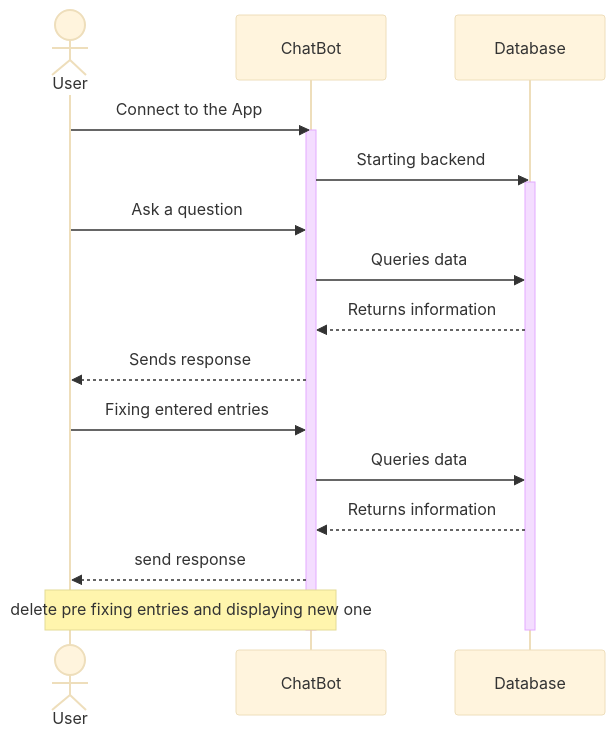
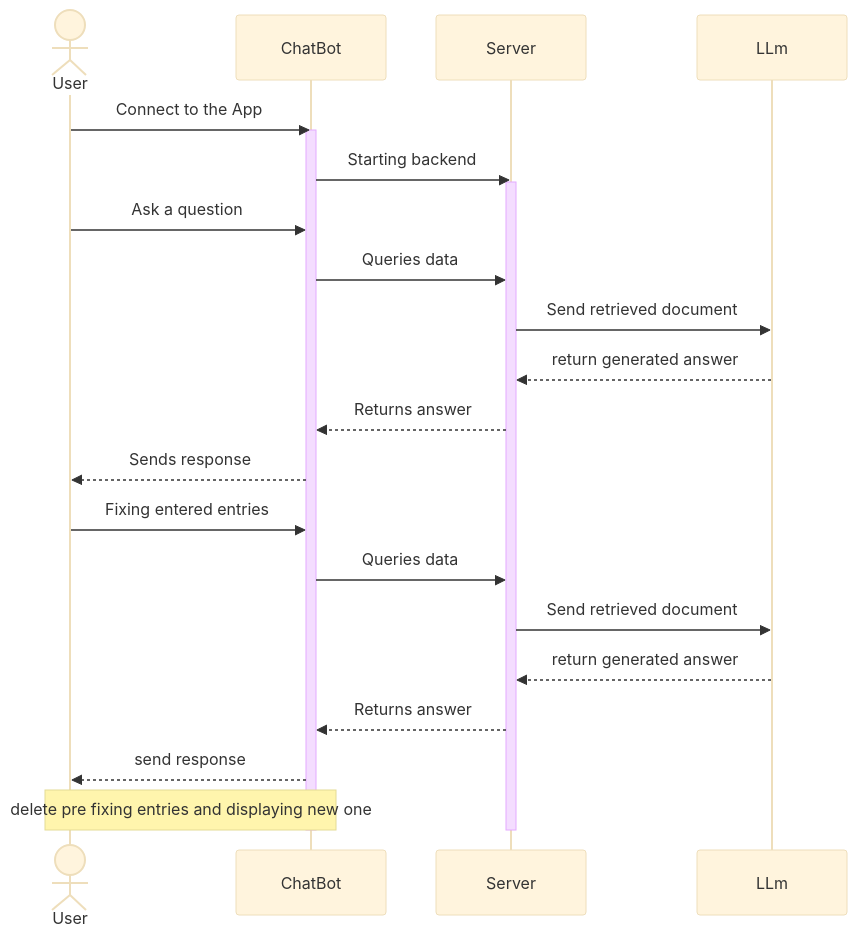
The fourth of 5 diagrams in documentation/docs/requirements/use-case-descriptions.md (Capstone-Projects-2025-Spring/project-003-bioinformatics-chatbot), drawn with Mermaid (base theme) before and after one commit. The commit also changed other lines of this file and 1 other file, not shown here.

First line of the commit message:
updated Sequence/ rewrite features

````diff
--- a/documentation/docs/requirements/use-case-descriptions.md
+++ b/documentation/docs/requirements/use-case-descriptions.md
@@ -141,26 +156,30 @@
 ```mermaid
 sequenceDiagram
     actor A as User
     participant B as ChatBot
-    participant C as Database
-    
+    participant C as Server
+    participant D as LLm
     
     A->>B: Connect to the App
     
     activate B
     B->>C: Starting backend
     activate C
     A->>B: Ask a question
     
     B->>C: Queries data
-    C-->>B: Returns information
+    C->>D: Send retrieved document
+    D-->>C: return generated answer
+    C-->>B: Returns answer
     B-->>A: Sends response
     A->>B: Fixing entered entries
     B->>C: Queries data
-    C-->>B: Returns information
+    C->>D: Send retrieved document
+    D-->>C: return generated answer
+    C-->>B: Returns answer
     B-->>A: send response
     Note over A,B: delete pre fixing entries and displaying new one
     
     deactivate B
     deactivate C
 ```
````
